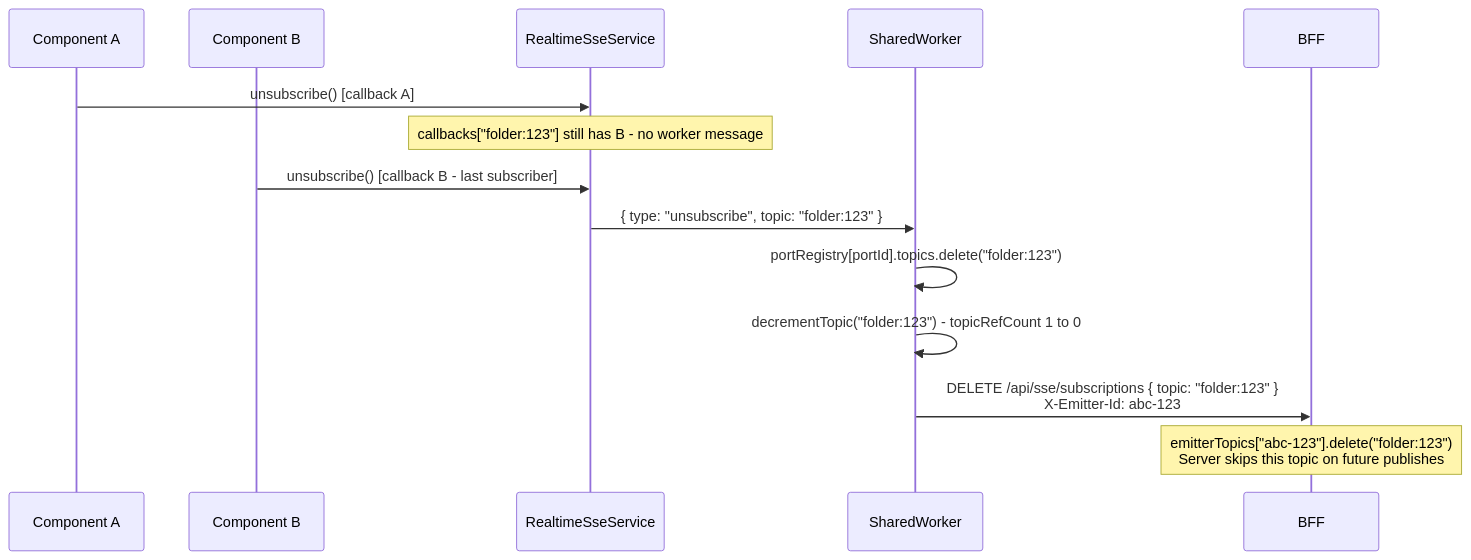
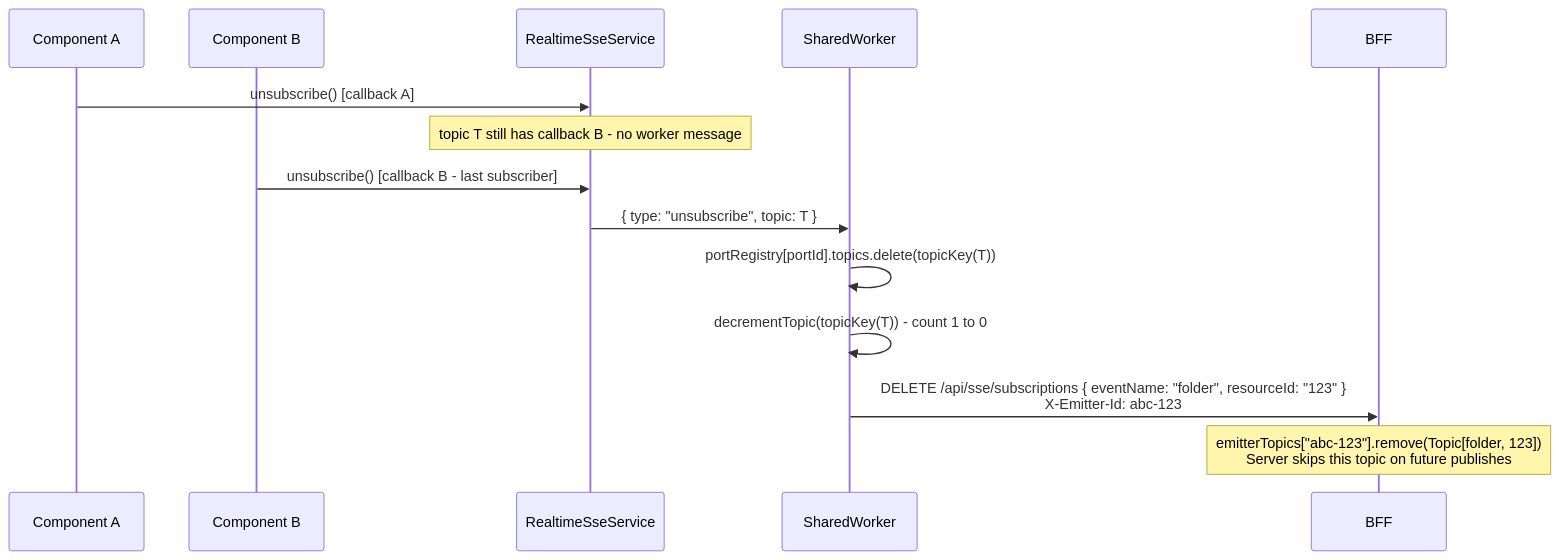
The fourth of 7 diagrams in SSE-DIAGRAMS.md (iarroyo/sse-demo), drawn with Mermaid before and after one commit. The commit also changed other lines of this file and 3 other files, not shown here.

First line of the commit message:
docs: correct README and SSE architecture docs

````diff
--- a/SSE-DIAGRAMS.md
+++ b/SSE-DIAGRAMS.md
@@ -100,18 +103,18 @@
 ```mermaid
 sequenceDiagram
     participant CompA as Component A
     participant CompB as Component B
     participant Service as RealtimeSseService
     participant Worker as SharedWorker
     participant Server as BFF
 
     CompA->>Service: unsubscribe() [callback A]
-    Note over Service: callbacks["folder:123"] still has B - no worker message
+    Note over Service: topic T still has callback B - no worker message
 
     CompB->>Service: unsubscribe() [callback B - last subscriber]
-    Service->>Worker: { type: "unsubscribe", topic: "folder:123" }
-    Worker->>Worker: portRegistry[portId].topics.delete("folder:123")
-    Worker->>Worker: decrementTopic("folder:123") - topicRefCount 1 to 0
-    Worker->>Server: DELETE /api/sse/subscriptions { topic: "folder:123" }<br/>X-Emitter-Id: abc-123
-    Note over Server: emitterTopics["abc-123"].delete("folder:123")<br/>Server skips this topic on future publishes
+    Service->>Worker: { type: "unsubscribe", topic: T }
+    Worker->>Worker: portRegistry[portId].topics.delete(topicKey(T))
+    Worker->>Worker: decrementTopic(topicKey(T)) - count 1 to 0
+    Worker->>Server: DELETE /api/sse/subscriptions { eventName: "folder", resourceId: "123" }<br/>X-Emitter-Id: abc-123
+    Note over Server: emitterTopics["abc-123"].remove(Topic[folder, 123])<br/>Server skips this topic on future publishes
 ```
````
